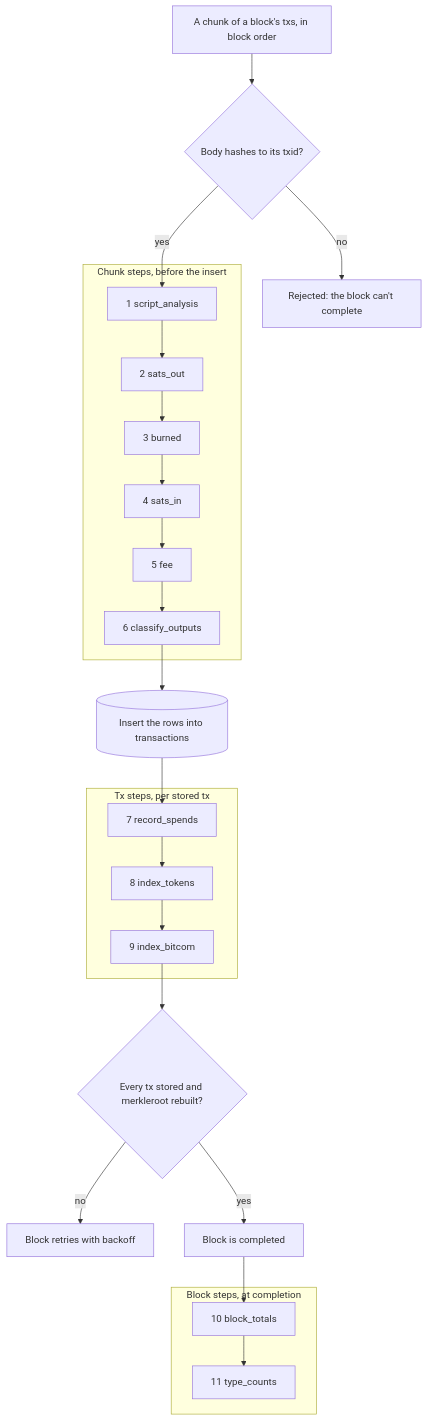
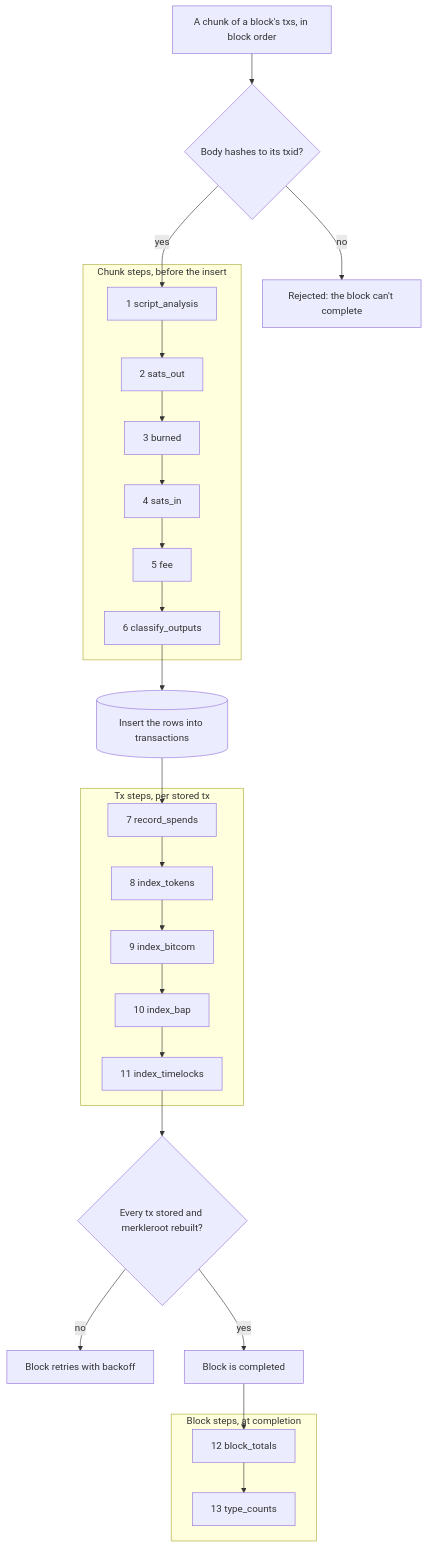
The diagram in docs/TX_PIPELINE.md (afomi/bitblocks), drawn with Mermaid before and after one commit. The commit also changed other lines of this file and 15 other files, not shown here.

````diff
--- a/docs/TX_PIPELINE.md
+++ b/docs/TX_PIPELINE.md
@@ -100,21 +101,21 @@
 ```mermaid
 flowchart TD
   in["A chunk of a block's txs, in block order"] --> gate{"Body hashes to its txid?"}
   gate -- no --> rejected["Rejected: the block can't complete"]
   gate -- yes --> s1["1 script_analysis"]
   subgraph chunk["Chunk steps, before the insert"]
     s1 --> s2["2 sats_out"] --> s3["3 burned"] --> s4["4 sats_in"] --> s5["5 fee"] --> s6["6 classify_outputs"]
   end
   s6 --> insert[("Insert the rows into transactions")]
   insert --> s7
   subgraph tx["Tx steps, per stored tx"]
-    s7["7 record_spends"] --> s8["8 index_tokens"] --> s9["9 index_bitcom"]
+    s7["7 record_spends"] --> s8["8 index_tokens"] --> s9["9 index_bitcom"] --> s10["10 index_bap"] --> s11["11 index_timelocks"]
   end
-  s9 --> check{"Every tx stored and merkleroot rebuilt?"}
+  s11 --> check{"Every tx stored and merkleroot rebuilt?"}
   check -- no --> retry["Block retries with backoff"]
   check -- yes --> done["Block is completed"]
-  done --> s10
+  done --> s12
   subgraph block["Block steps, at completion"]
-    s10["10 block_totals"] --> s11["11 type_counts"]
+    s12["12 block_totals"] --> s13["13 type_counts"]
   end
 ```
````
